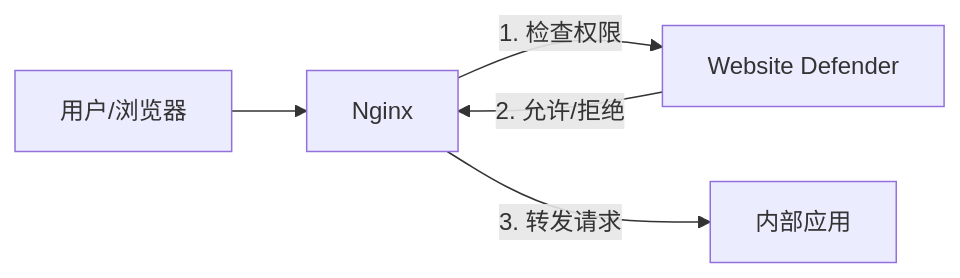
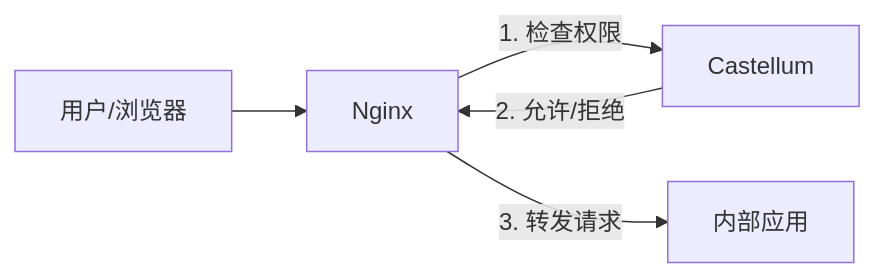
One commit to Flmelody/open-website-defender changed the diagram in README-zh.md. Above: the diagram before and after it, drawn with Mermaid. The commit also changed other lines of this file and 158 other files, not shown here.

````diff
--- a/README-zh.md
+++ b/README-zh.md
@@ -20,7 +20,7 @@
 ```mermaid
 graph LR
     User[用户/浏览器] --> Nginx
-    Nginx -->|1. 检查权限| Defender[Website Defender]
-    Defender -->|2. 允许/拒绝| Nginx
+    Nginx -->|1. 检查权限| Castellum[Castellum]
+    Castellum -->|2. 允许/拒绝| Nginx
     Nginx -->|3. 转发请求| App[内部应用]
 ```
````
